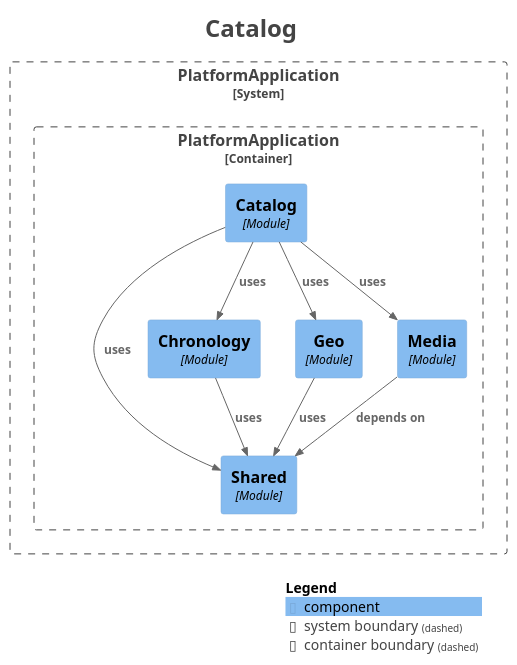
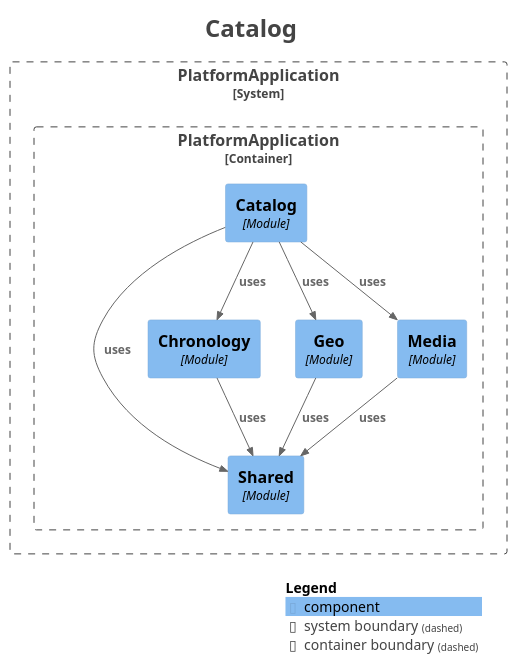
Before and after one commit to Asiman77/HistoryAsAGame: the diagram in docs/modules/module-catalog.puml, drawn with PlantUML. The commit also changed 16 other files, not shown here.

```diff
--- a/docs/modules/module-catalog.puml
+++ b/docs/modules/module-catalog.puml
@@ -1,39 +1,39 @@
 @startuml
 title <size:24>Catalog</size>
 
 set separator none
 top to bottom direction
 
 <style>
   root {
     BackgroundColor: #ffffff
     FontColor: #444444
   }
 </style>
 
 !include <C4/C4>
 !include <C4/C4_Context>
 !include <C4/C4_Component>
 
 System_Boundary("PlatformApplication_boundary", "PlatformApplication", $tags="") {
   Container_Boundary("PlatformApplication.PlatformApplication_boundary", "PlatformApplication", $tags="") {
     Component(PlatformApplication.PlatformApplication.Catalog, "Catalog", $techn="Module", $descr="", $tags="", $link="")
     Component(PlatformApplication.PlatformApplication.Shared, "Shared", $techn="Module", $descr="", $tags="", $link="")
     Component(PlatformApplication.PlatformApplication.Chronology, "Chronology", $techn="Module", $descr="", $tags="", $link="")
     Component(PlatformApplication.PlatformApplication.Geo, "Geo", $techn="Module", $descr="", $tags="", $link="")
     Component(PlatformApplication.PlatformApplication.Media, "Media", $techn="Module", $descr="", $tags="", $link="")
   }
 
 }
 
 Rel(PlatformApplication.PlatformApplication.Geo, PlatformApplication.PlatformApplication.Shared, "uses", $techn="", $tags="", $link="")
-Rel(PlatformApplication.PlatformApplication.Media, PlatformApplication.PlatformApplication.Shared, "depends on", $techn="", $tags="", $link="")
+Rel(PlatformApplication.PlatformApplication.Media, PlatformApplication.PlatformApplication.Shared, "uses", $techn="", $tags="", $link="")
 Rel(PlatformApplication.PlatformApplication.Chronology, PlatformApplication.PlatformApplication.Shared, "uses", $techn="", $tags="", $link="")
 Rel(PlatformApplication.PlatformApplication.Catalog, PlatformApplication.PlatformApplication.Shared, "uses", $techn="", $tags="", $link="")
 Rel(PlatformApplication.PlatformApplication.Catalog, PlatformApplication.PlatformApplication.Chronology, "uses", $techn="", $tags="", $link="")
 Rel(PlatformApplication.PlatformApplication.Catalog, PlatformApplication.PlatformApplication.Geo, "uses", $techn="", $tags="", $link="")
 Rel(PlatformApplication.PlatformApplication.Catalog, PlatformApplication.PlatformApplication.Media, "uses", $techn="", $tags="", $link="")
 
 SHOW_LEGEND(true)
 hide stereotypes
 @enduml
```
